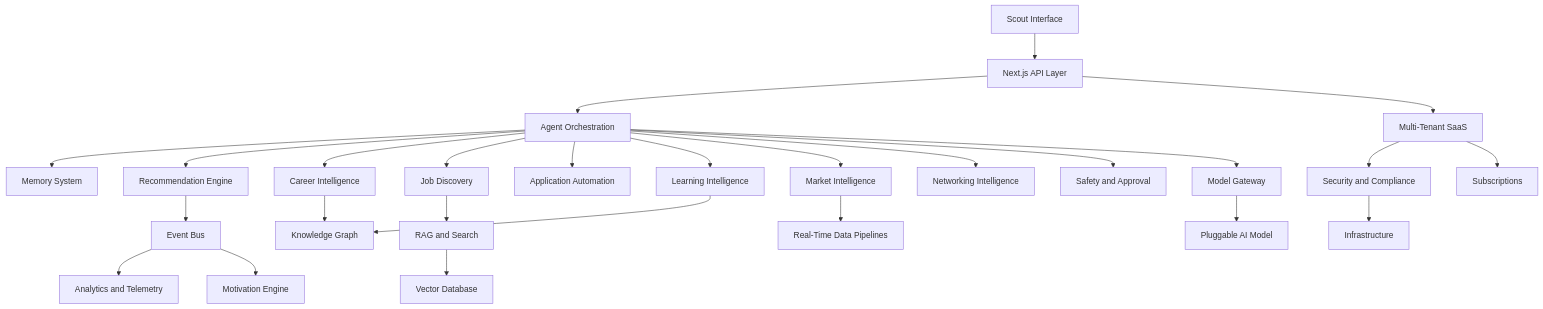
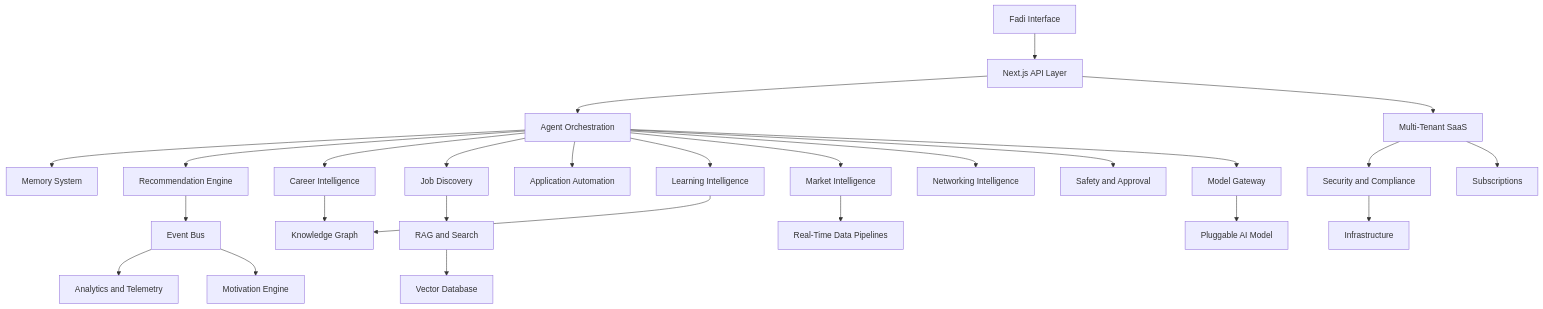
One commit to Mirzzie/Fadi changed the diagram in docs/TECHNICAL_BLUEPRINT.md. Above: the diagram before and after it, drawn with Mermaid. The commit also changed other lines of this file and 158 other files, not shown here.

First line of the commit message:
refactor!: rename agent Scout→Fadi and brand CareerOS→FadiOS

````diff
--- a/docs/TECHNICAL_BLUEPRINT.md
+++ b/docs/TECHNICAL_BLUEPRINT.md
@@ -26,28 +26,28 @@
 ```mermaid
 flowchart TD
-    ScoutUX[Scout Interface] --> API[Next.js API Layer]
+    FadiUX[Fadi Interface] --> API[Next.js API Layer]
     API --> Agent[Agent Orchestration]
     Agent --> Memory[Memory System]
     Agent --> Rec[Recommendation Engine]
     Agent --> Career[Career Intelligence]
     Agent --> Jobs[Job Discovery]
     Agent --> Apps[Application Automation]
     Agent --> Learning[Learning Intelligence]
     Agent --> Market[Market Intelligence]
     Agent --> Networking[Networking Intelligence]
     Agent --> Safety[Safety and Approval]
     Career --> Graph[Knowledge Graph]
     Jobs --> Search[RAG and Search]
     Learning --> Graph
     Market --> Data[Real-Time Data Pipelines]
     Search --> Vector[Vector Database]
     Rec --> Events[Event Bus]
     Events --> Analytics[Analytics and Telemetry]
     Events --> Motivation[Motivation Engine]
     API --> SaaS[Multi-Tenant SaaS]
     SaaS --> Security[Security and Compliance]
     SaaS --> Billing[Subscriptions]
     Security --> Infra[Infrastructure]
     Agent --> Gateway[Model Gateway]
     Gateway --> Model[Pluggable AI Model]
 ```
````
